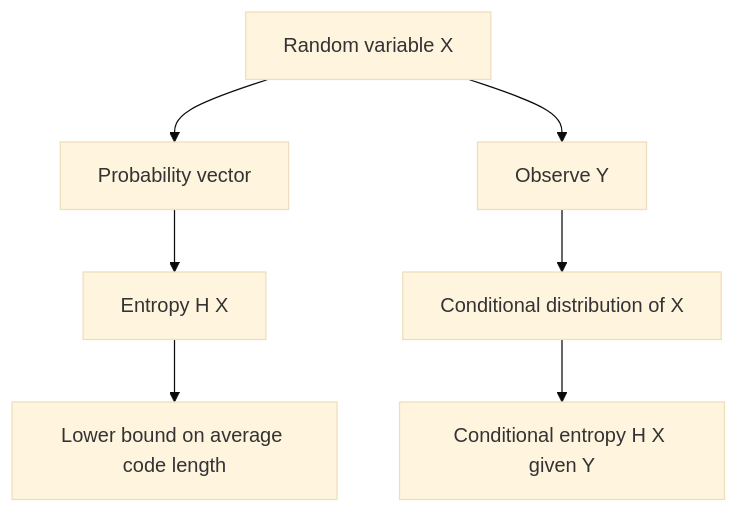
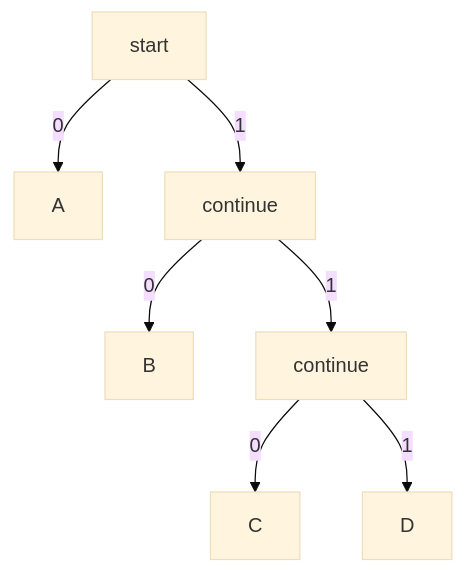
One commit to justinbrianhwang/SJ-wiki changed the diagram in docs/math/probability-and-random-variables/entropy-and-coding.md. Above: the diagram before and after it, drawn with Mermaid (base theme). The commit also changed other lines of this file and 166 other files, not shown here.

````diff
--- a/docs/math/probability-and-random-variables/entropy-and-coding.md
+++ b/docs/math/probability-and-random-variables/entropy-and-coding.md
@@ -118,9 +172,9 @@
 ```mermaid
 graph TD
-  A["Random variable X"] --> B["Probability vector"]
-  B --> C["Entropy H X"]
-  C --> D["Lower bound on average code length"]
-  A --> E["Observe Y"]
-  E --> F["Conditional distribution of X"]
-  F --> G["Conditional entropy H X given Y"]
+  R["start"] -->|0| A["A"]
+  R -->|1| N1["continue"]
+  N1 -->|0| B["B"]
+  N1 -->|1| N2["continue"]
+  N2 -->|0| C["C"]
+  N2 -->|1| D["D"]
 ```
````
